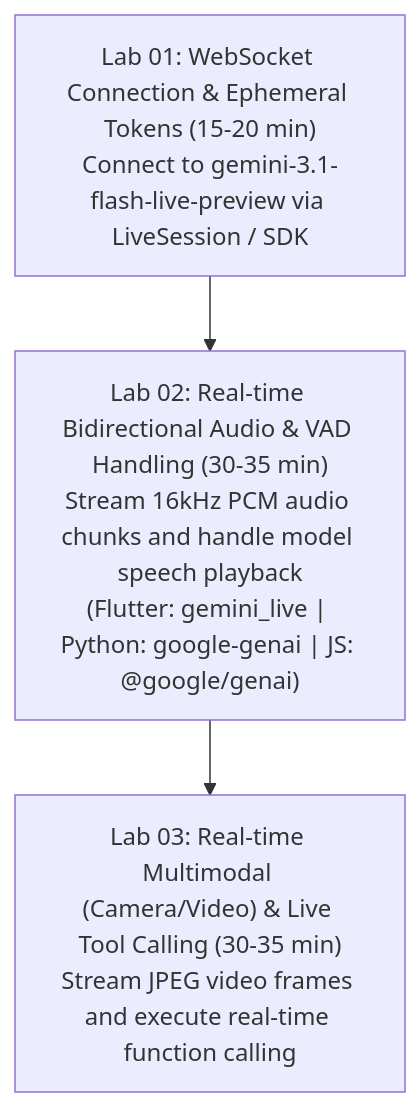
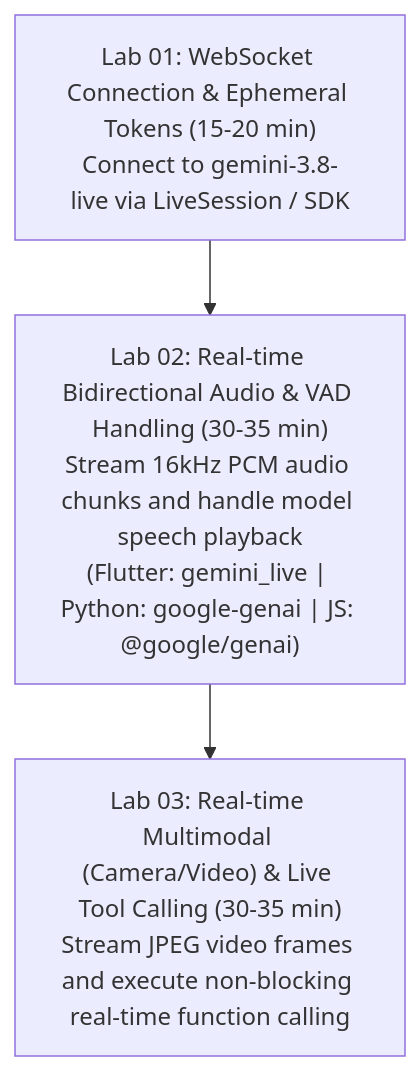
One commit to JAICHANGPARK/workshop-harness changed the second of 2 diagrams in skills/hands-on-curriculum-builder/SKILL.md. Above: the diagram before and after it, drawn with Mermaid. The commit also changed other lines of this file and 15 other files, not shown here.

````diff
--- a/skills/hands-on-curriculum-builder/SKILL.md
+++ b/skills/hands-on-curriculum-builder/SKILL.md
@@ -31,8 +31,8 @@
 ```mermaid
 flowchart TD
-    Live1["Lab 01: WebSocket Connection & Ephemeral Tokens (15-20 min)<br>Connect to gemini-3.1-flash-live-preview via LiveSession / SDK"]
+    Live1["Lab 01: WebSocket Connection & Ephemeral Tokens (15-20 min)<br>Connect to gemini-3.8-live via LiveSession / SDK"]
     Live2["Lab 02: Real-time Bidirectional Audio & VAD Handling (30-35 min)<br>Stream 16kHz PCM audio chunks and handle model speech playback<br>(Flutter: gemini_live | Python: google-genai | JS: @google/genai)"]
-    Live3["Lab 03: Real-time Multimodal (Camera/Video) & Live Tool Calling (30-35 min)<br>Stream JPEG video frames and execute real-time function calling"]
+    Live3["Lab 03: Real-time Multimodal (Camera/Video) & Live Tool Calling (30-35 min)<br>Stream JPEG video frames and execute non-blocking real-time function calling"]
 
     Live1 --> Live2 --> Live3
 ```
````
